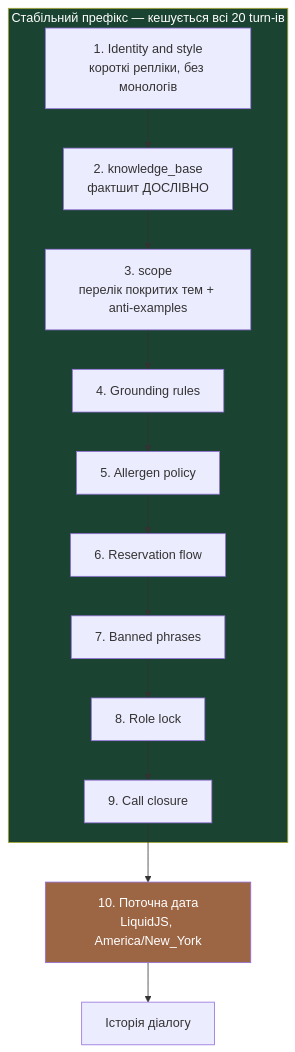
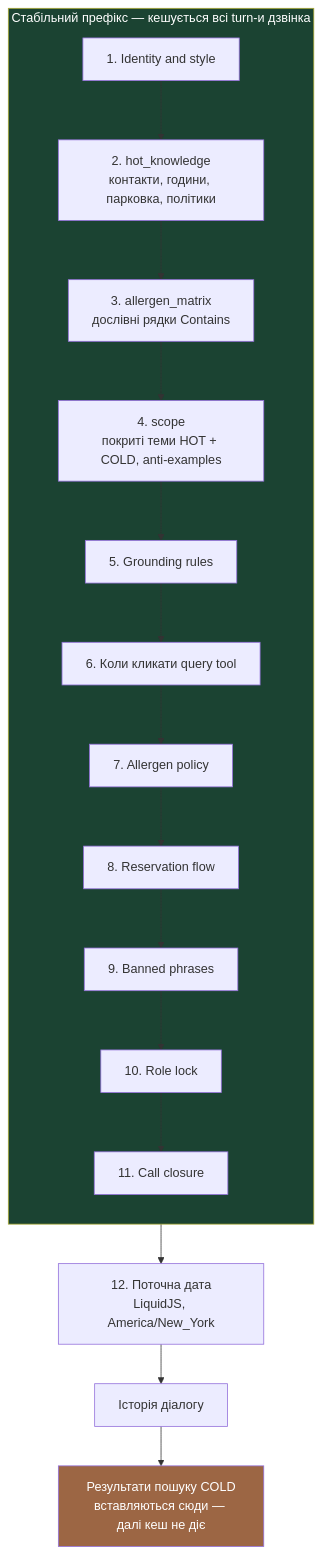
Before and after one commit to Dmitriymush/lemongrass-voice-agent: the diagram in docs/diagrams/03-prompt-structure.mmd, drawn with Mermaid. The commit also changed 15 other files, not shown here.

First line of the commit message:
Supersede ADR-001: move from inline grounding to a hot/cold hybrid

```diff
--- a/docs/diagrams/03-prompt-structure.mmd
+++ b/docs/diagrams/03-prompt-structure.mmd
@@ -1,19 +1,23 @@
 flowchart TD
-    subgraph STABLE["Стабільний префікс — кешується всі 20 turn-ів"]
-        S1["1. Identity and style<br/>короткі репліки, без монологів"]
-        S2["2. knowledge_base<br/>фактшит ДОСЛІВНО"]
-        S3["3. scope<br/>перелік покритих тем + anti-examples"]
-        S4["4. Grounding rules"]
-        S5["5. Allergen policy"]
-        S6["6. Reservation flow"]
-        S7["7. Banned phrases"]
-        S8["8. Role lock"]
-        S9["9. Call closure"]
-        S1 --> S2 --> S3 --> S4 --> S5 --> S6 --> S7 --> S8 --> S9
+    subgraph STABLE["Стабільний префікс — кешується всі turn-и дзвінка"]
+        direction TB
+        S1["1. Identity and style"]
+        S2["2. hot_knowledge<br/>контакти, години, парковка, політики"]
+        S3["3. allergen_matrix<br/>дослівні рядки Contains"]
+        S4["4. scope<br/>покриті теми HOT + COLD, anti-examples"]
+        S5["5. Grounding rules"]
+        S6["6. Коли кликати query tool"]
+        S7["7. Allergen policy"]
+        S8["8. Reservation flow"]
+        S9["9. Banned phrases"]
+        S10["10. Role lock"]
+        S11["11. Call closure"]
+        S1 --> S2 --> S3 --> S4 --> S5 --> S6 --> S7 --> S8 --> S9 --> S10 --> S11
     end
 
-    S9 --> V["10. Поточна дата<br/>LiquidJS, America/New_York"]
+    S11 --> V["12. Поточна дата<br/>LiquidJS, America/New_York"]
     V --> H["Історія діалогу"]
+    H --> R["Результати пошуку COLD<br/>вставляються сюди — далі кеш не діє"]
 
     style STABLE fill:#1b4332,color:#fff
-    style V fill:#9c6644,color:#fff
+    style R fill:#9c6644,color:#fff
```
